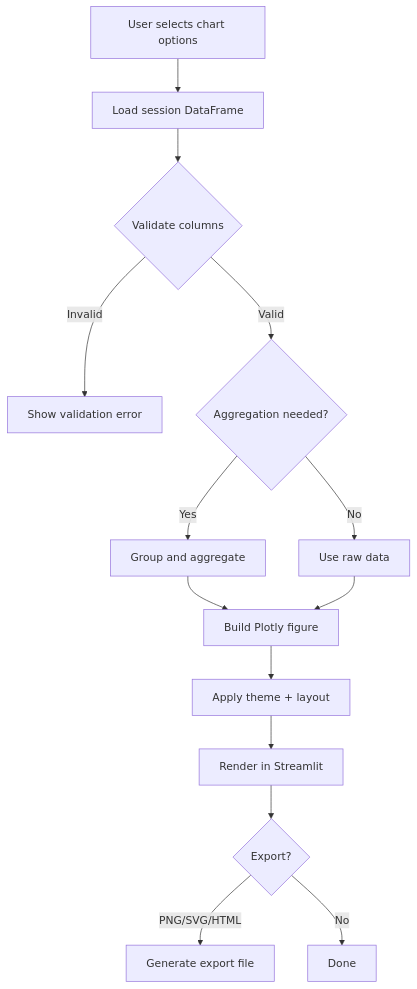
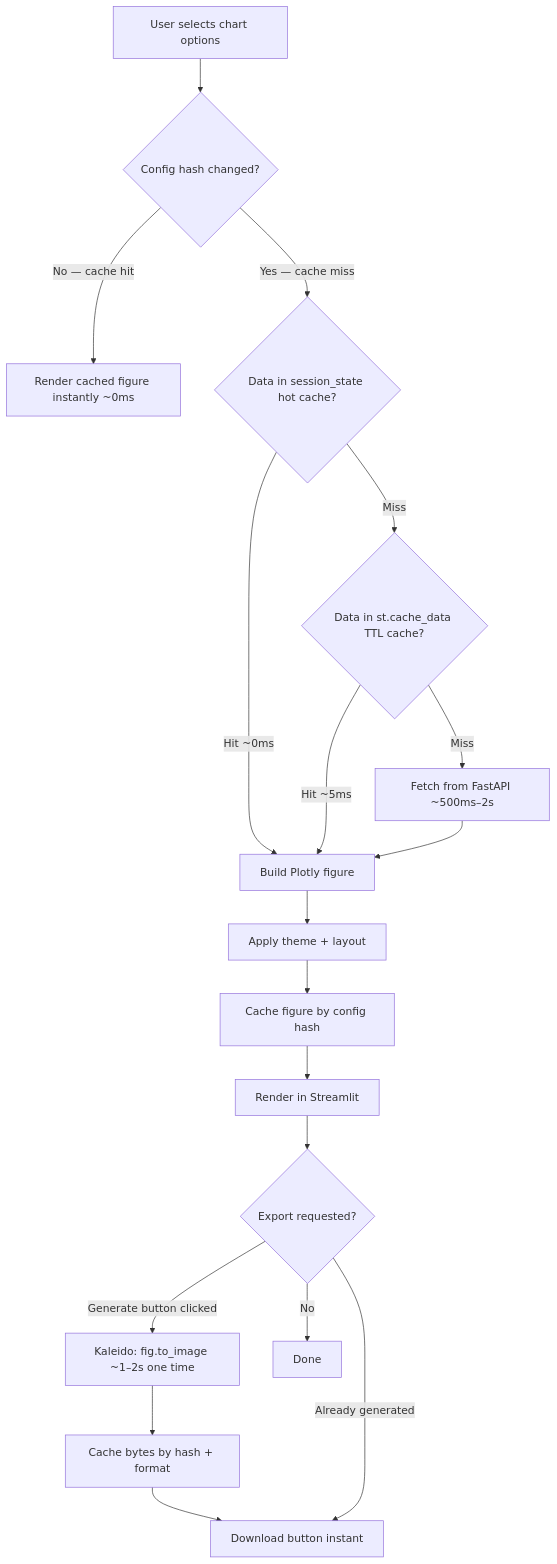
Before and after one commit to shivansh-2003/Data-Assistant: the diagram in data_visualization/README.md, drawn with Mermaid. The commit also changed other lines of this file and 12 other files, not shown here.

````diff
--- a/data_visualization/README.md
+++ b/data_visualization/README.md
@@ -36,16 +36,20 @@
 ```mermaid
 flowchart TD
-    A[User selects chart options] --> B[Load session DataFrame]
-    B --> C{Validate columns}
-    C -->|Invalid| D[Show validation error]
-    C -->|Valid| E{Aggregation needed?}
-    E -->|Yes| F[Group and aggregate]
-    E -->|No| G[Use raw data]
-    F --> H[Build Plotly figure]
-    G --> H
-    H --> I[Apply theme + layout]
+    A[User selects chart options] --> B{Config hash changed?}
+    B -->|No — cache hit| C[Render cached figure instantly ~0ms]
+    B -->|Yes — cache miss| D{Data in session_state hot cache?}
+    D -->|Hit ~0ms| E[Build Plotly figure]
+    D -->|Miss| F{Data in st.cache_data TTL cache?}
+    F -->|Hit ~5ms| E
+    F -->|Miss| G[Fetch from FastAPI ~500ms–2s]
+    G --> E
+    E --> H[Apply theme + layout]
+    H --> I[Cache figure by config hash]
     I --> J[Render in Streamlit]
-    J --> K{Export?}
-    K -->|PNG/SVG/HTML| L[Generate export file]
-    K -->|No| M[Done]
+    J --> K{Export requested?}
+    K -->|Generate button clicked| L[Kaleido: fig.to_image ~1–2s one time]
+    L --> M[Cache bytes by hash + format]
+    M --> N[Download button instant]
+    K -->|Already generated| N
+    K -->|No| O[Done]
 ```
````
